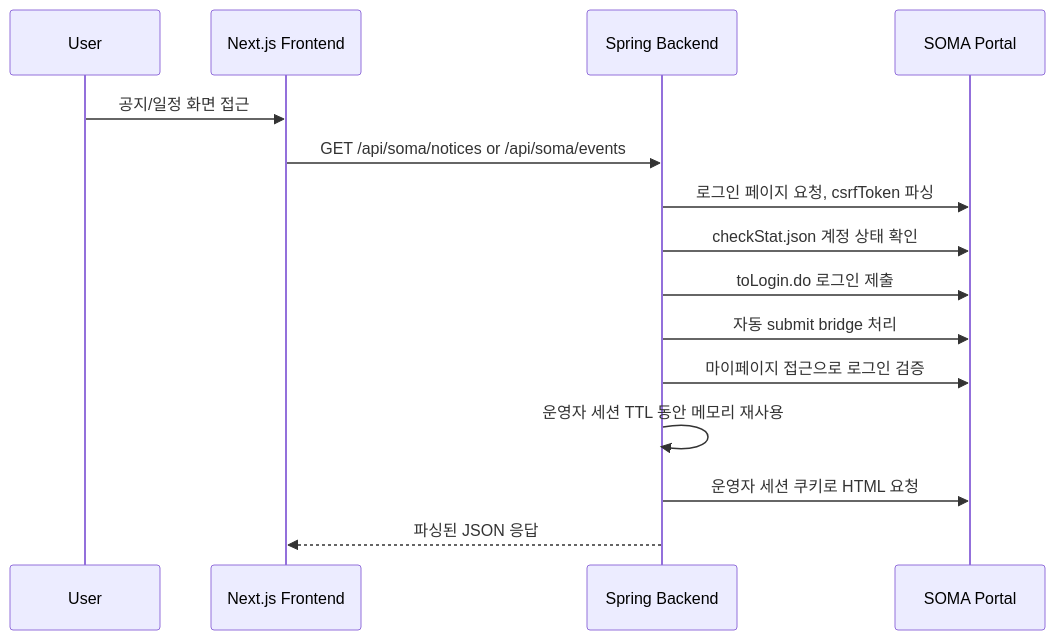
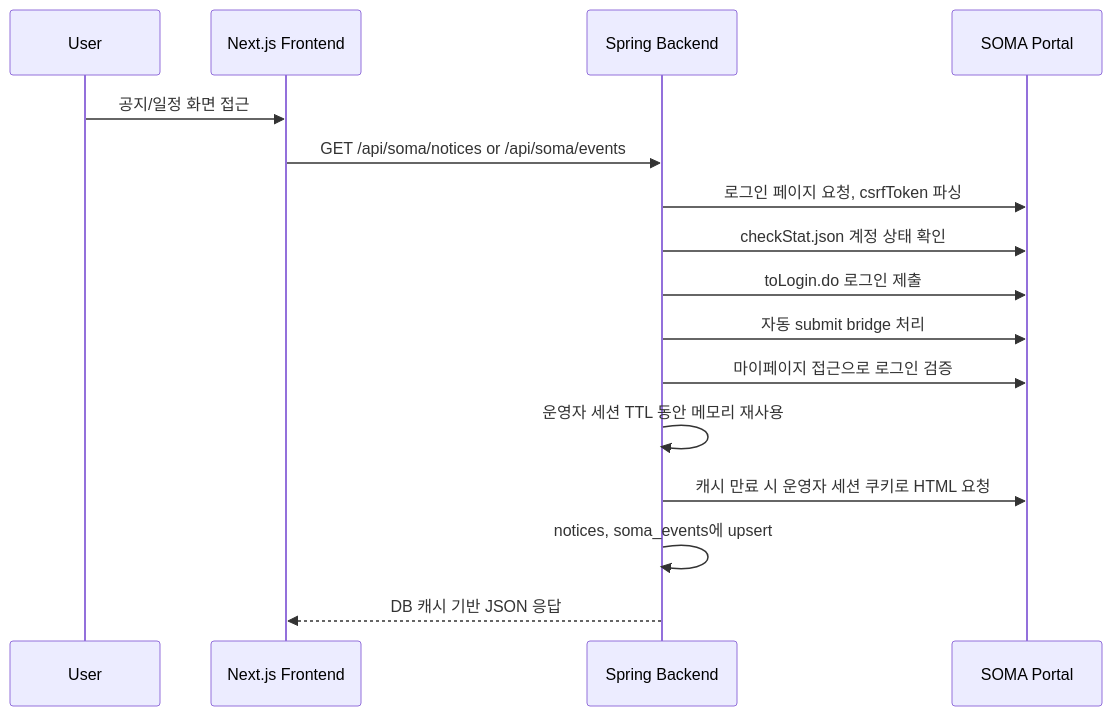
The diagram in docs/features/soma-portal.md (swm-moss/SomaBiseo), drawn with Mermaid before and after one commit. The commit also changed other lines of this file and 19 other files, not shown here.

````diff
--- a/docs/features/soma-portal.md
+++ b/docs/features/soma-portal.md
@@ -28,18 +29,19 @@
 ```mermaid
 sequenceDiagram
   participant User as User
   participant FE as Next.js Frontend
   participant BE as Spring Backend
   participant SOMA as SOMA Portal
 
   User->>FE: 공지/일정 화면 접근
   FE->>BE: GET /api/soma/notices or /api/soma/events
   BE->>SOMA: 로그인 페이지 요청, csrfToken 파싱
   BE->>SOMA: checkStat.json 계정 상태 확인
   BE->>SOMA: toLogin.do 로그인 제출
   BE->>SOMA: 자동 submit bridge 처리
   BE->>SOMA: 마이페이지 접근으로 로그인 검증
   BE->>BE: 운영자 세션 TTL 동안 메모리 재사용
-  BE->>SOMA: 운영자 세션 쿠키로 HTML 요청
-  BE-->>FE: 파싱된 JSON 응답
+  BE->>SOMA: 캐시 만료 시 운영자 세션 쿠키로 HTML 요청
+  BE->>BE: notices, soma_events에 upsert
+  BE-->>FE: DB 캐시 기반 JSON 응답
 ```
````
